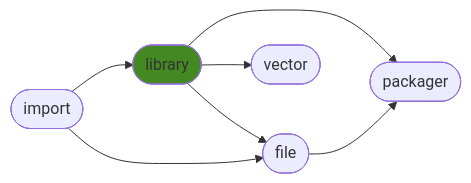
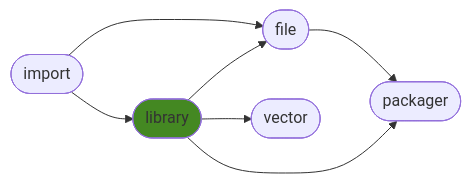
The diagram in README.md (ManderaGeneral/generallibrary), drawn with Mermaid before and after one commit. The commit also changed other lines of this file and 1 other file, not shown here.

````diff
--- a/README.md
+++ b/README.md
@@ -24,15 +24,15 @@
 ```mermaid
 flowchart LR
+2([file]) --> 4([packager])
+1([library]) --> 2([file])
+1([library]) --> 3([vector])
 1([library]) --> 4([packager])
+0([import]) --> 2([file])
 0([import]) --> 1([library])
-1([library]) --> 3([vector])
-1([library]) --> 2([file])
-2([file]) --> 4([packager])
-0([import]) --> 2([file])
 click 0 "https://github.com/ManderaGeneral/generalimport"
 click 1 "https://github.com/ManderaGeneral/generallibrary"
 click 2 "https://github.com/ManderaGeneral/generalfile"
 click 3 "https://github.com/ManderaGeneral/generalvector"
 click 4 "https://github.com/ManderaGeneral/generalpackager"
 style 1 fill:#482
 ```
````
